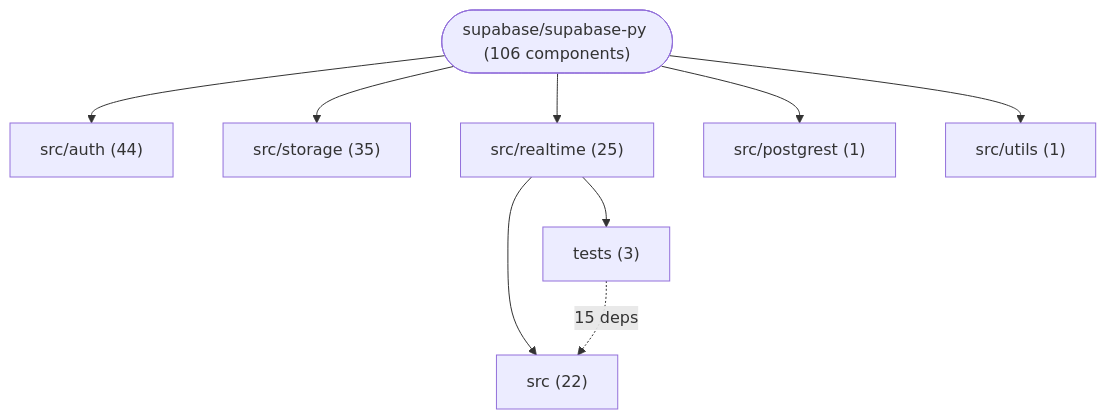
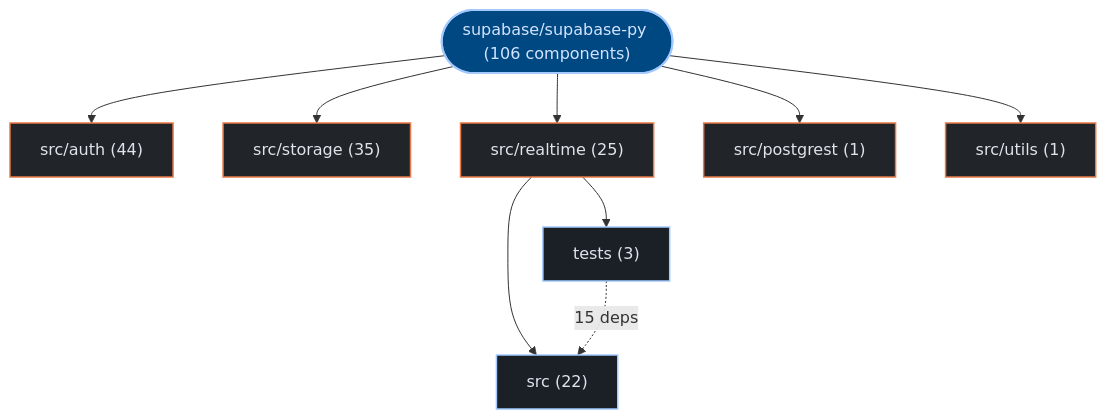
The first of 3 diagrams in exports/latest/reports/supabase-supabase-py-report.md (kumarshaz/atruss-code-atlas), drawn with Mermaid before and after one commit. The commit also changed other lines of this file and 331 other files, not shown here.

Commit message:
docs,ui,fix: update SDLC docs, reorder CI/CD DAG first, stylize Mermaid, and fix Arc42 pipeline topology

````diff
--- a/exports/latest/reports/supabase-supabase-py-report.md
+++ b/exports/latest/reports/supabase-supabase-py-report.md
@@ -42,19 +42,26 @@
 ```mermaid
 graph TD;
-    repo_root(["supabase/supabase-py (106 components)"])
-    dir_0_src_auth["src/auth (44)"]
+  classDef atlasRoot fill:#004882,stroke:#a3c9ff,stroke-width:2px,color:#d3e4ff
+  classDef atlasCategory fill:#212428,stroke:#E87A48,stroke-width:1.5px,color:#dfe3eb
+  classDef atlasWorkflow fill:#1b2026,stroke:#a3c9ff,stroke-width:1.5px,color:#dfe3eb
+  classDef atlasJob fill:#171c22,stroke:#8d9199,stroke-width:1px,color:#dfe3eb
+  classDef atlasTarget fill:#005227,stroke:#8bd99b,stroke-width:1.5px,color:#a7f6b6
+  classDef atlasAlert fill:#93000a,stroke:#ffb4ab,stroke-width:1.5px,color:#ffdad6
+  classDef atlasMore fill:#252a31,stroke:#8d9199,stroke-dasharray:4 4,color:#c3c6cf
+    repo_root(["supabase/supabase-py (106 components)"]):::atlasRoot
+    dir_0_src_auth["src/auth (44)"]:::atlasCategory
     repo_root --> dir_0_src_auth
-    dir_1_src_storage["src/storage (35)"]
+    dir_1_src_storage["src/storage (35)"]:::atlasCategory
     repo_root --> dir_1_src_storage
-    dir_2_src_realtime["src/realtime (25)"]
+    dir_2_src_realtime["src/realtime (25)"]:::atlasCategory
     repo_root --> dir_2_src_realtime
-    sub_2_0_src["src (22)"]
+    sub_2_0_src["src (22)"]:::atlasWorkflow
     dir_2_src_realtime --> sub_2_0_src
-    sub_2_1_tests["tests (3)"]
+    sub_2_1_tests["tests (3)"]:::atlasWorkflow
     dir_2_src_realtime --> sub_2_1_tests
-    dir_3_src_postgrest["src/postgrest (1)"]
+    dir_3_src_postgrest["src/postgrest (1)"]:::atlasCategory
     repo_root --> dir_3_src_postgrest
-    dir_4_src_utils["src/utils (1)"]
+    dir_4_src_utils["src/utils (1)"]:::atlasCategory
     repo_root --> dir_4_src_utils
     sub_2_1_tests -.->|"15 deps"| sub_2_0_src
 ```
````
